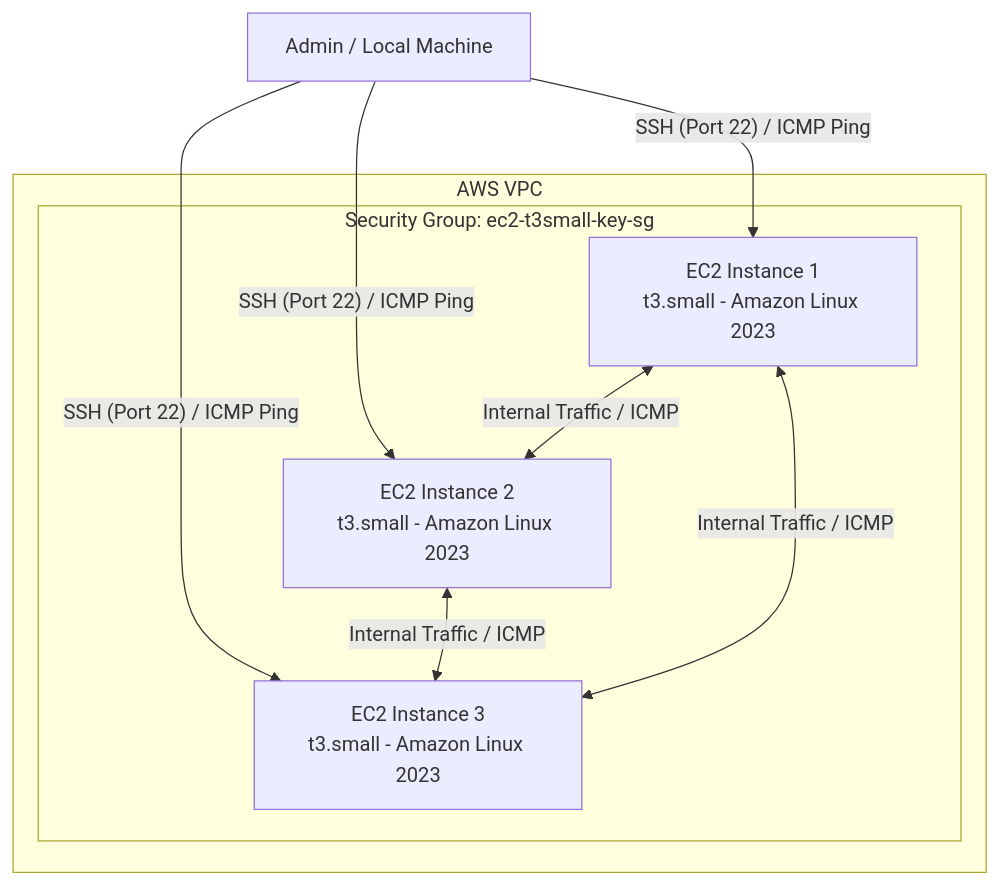
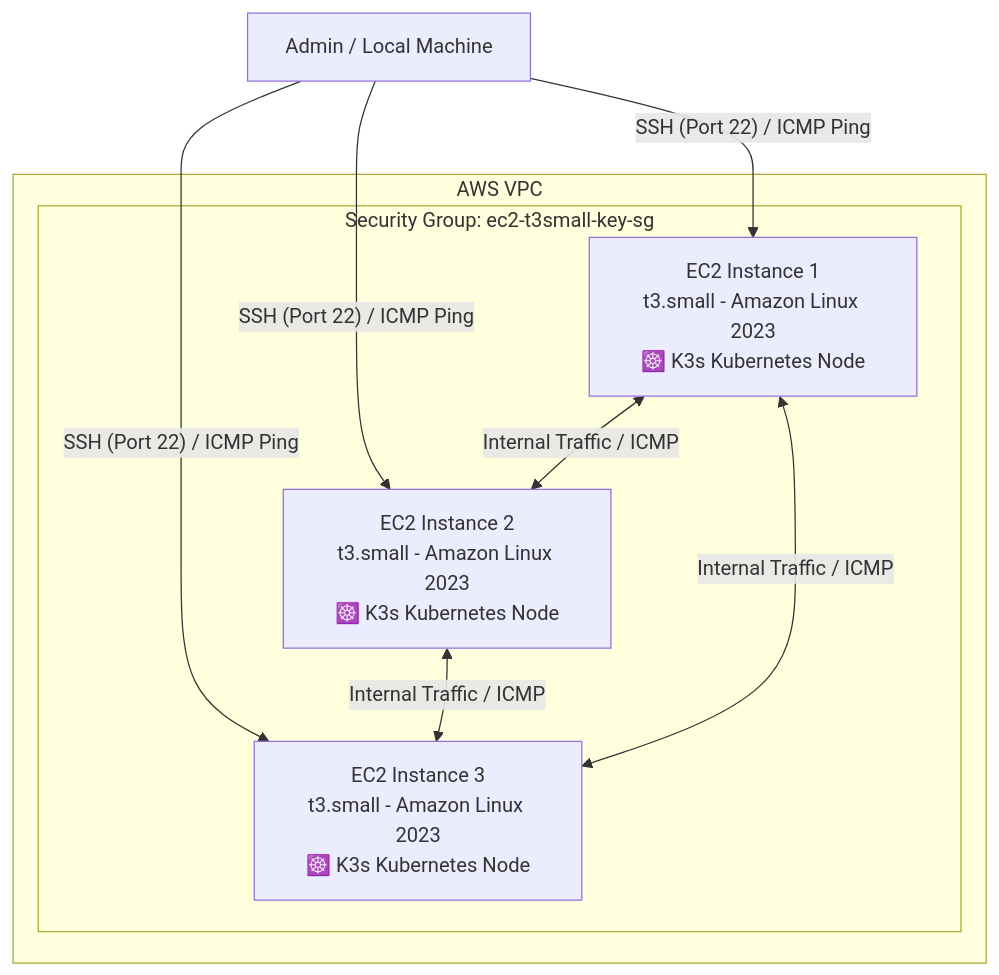
The diagram in README.md (Anwartamasna/IaC_Learning), drawn with Mermaid before and after one commit. The commit also changed other lines of this file, not shown here.

````diff
--- a/README.md
+++ b/README.md
@@ -9,20 +9,20 @@
 ```mermaid
 flowchart TD
     User["Admin / Local Machine"]
 
     subgraph VPC ["AWS VPC"]
         subgraph SG ["Security Group: ec2-t3small-key-sg"]
-            EC2_1["EC2 Instance 1<br/>t3.small - Amazon Linux 2023"]
-            EC2_2["EC2 Instance 2<br/>t3.small - Amazon Linux 2023"]
-            EC2_3["EC2 Instance 3<br/>t3.small - Amazon Linux 2023"]
+            EC2_1["EC2 Instance 1<br/>t3.small - Amazon Linux 2023<br/>☸️ K3s Kubernetes Node"]
+            EC2_2["EC2 Instance 2<br/>t3.small - Amazon Linux 2023<br/>☸️ K3s Kubernetes Node"]
+            EC2_3["EC2 Instance 3<br/>t3.small - Amazon Linux 2023<br/>☸️ K3s Kubernetes Node"]
         end
     end
 
     User -->|"SSH (Port 22) / ICMP Ping"| EC2_1
     User -->|"SSH (Port 22) / ICMP Ping"| EC2_2
     User -->|"SSH (Port 22) / ICMP Ping"| EC2_3
 
     EC2_1 <-->|"Internal Traffic / ICMP"| EC2_2
     EC2_2 <-->|"Internal Traffic / ICMP"| EC2_3
     EC2_1 <-->|"Internal Traffic / ICMP"| EC2_3
 ```
````
